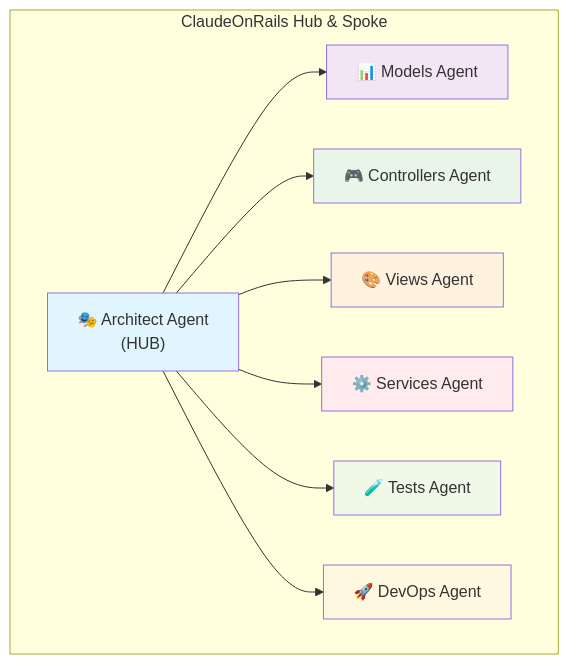
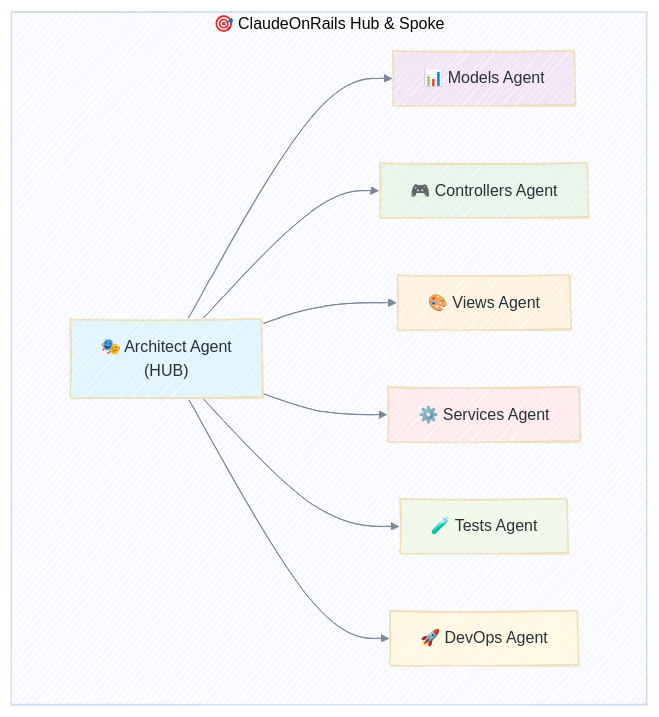
One commit to enogrob/enogrob.github.io changed the second of 16 diagrams in _posts/2025-06-29-claudeonrails-ai-powered-rails-development-swarm.md. Above: the diagram before and after it, drawn with Mermaid. The commit also changed other lines of this file and 12 other files, not shown here.

````diff
--- a/_posts/2025-06-29-claudeonrails-ai-powered-rails-development-swarm.md
+++ b/_posts/2025-06-29-claudeonrails-ai-powered-rails-development-swarm.md
@@ -83,19 +84,20 @@
 ```mermaid!
-graph TD
-    subgraph "ClaudeOnRails Hub & Spoke"
+%%{init: {"theme": "base", "look": "handDrawn", "themeVariables": {"fontFamily": "ui-sans-serif, system-ui, sans-serif", "lineColor": "#7c8798", "primaryTextColor": "#263238"}, "flowchart": {"nodeSpacing": 55, "rankSpacing": 90}}}%%
+flowchart TD
+    subgraph HubSpoke["🎯 ClaudeOnRails Hub & Spoke"]
         A["🎭 Architect Agent<br/>(HUB)"] --> B["📊 Models Agent"]
         A --> C["🎮 Controllers Agent"]
         A --> D["🎨 Views Agent"]
         A --> E["⚙️ Services Agent"]
         A --> F["🧪 Tests Agent"]
         A --> G["🚀 DevOps Agent"]
     end
     
     style A fill:#e1f5fe
     style B fill:#f3e5f5
     style C fill:#e8f5e8
     style D fill:#fff3e0
     style E fill:#ffebee
     style F fill:#f0f8e8
     style G fill:#fff8e1
 ```
````
